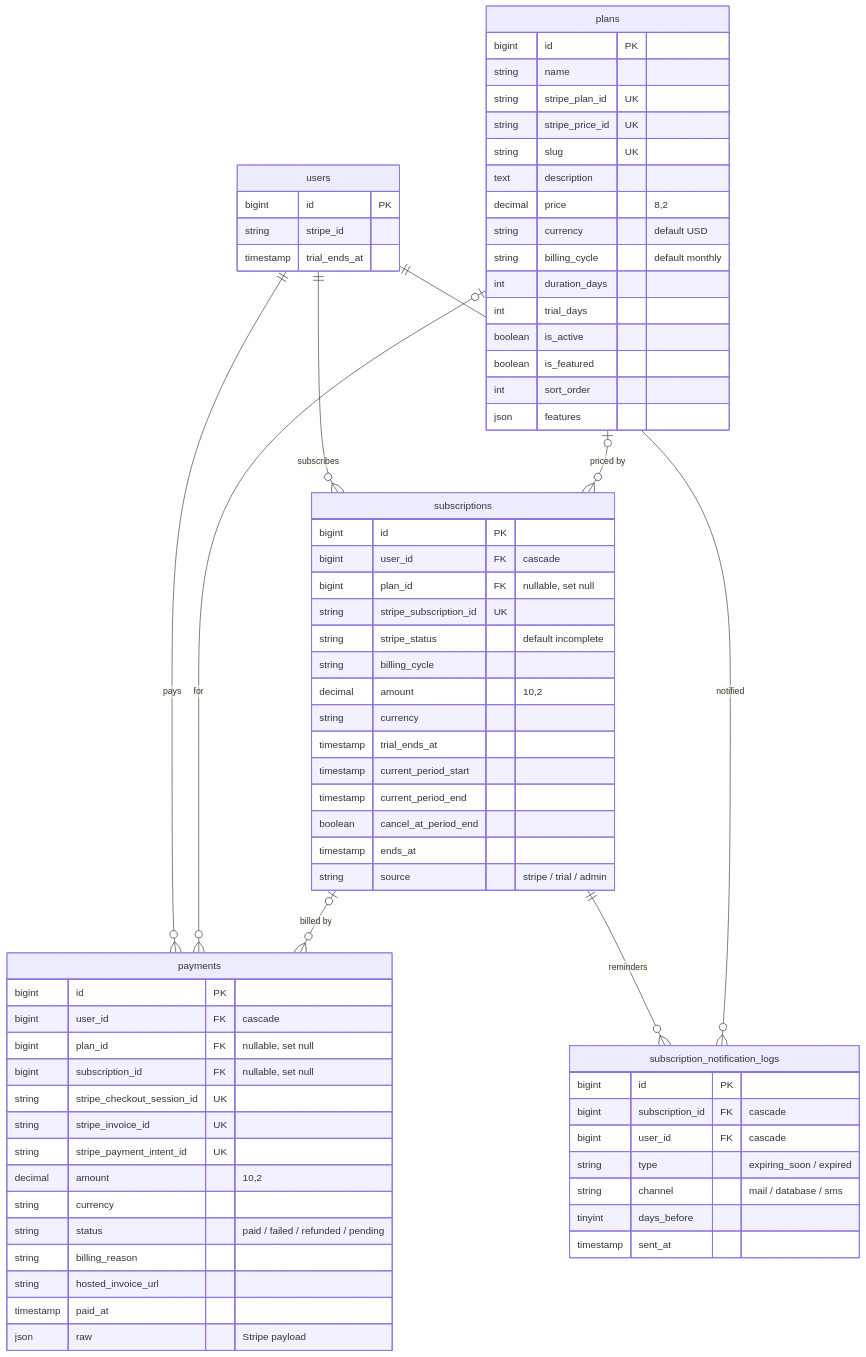
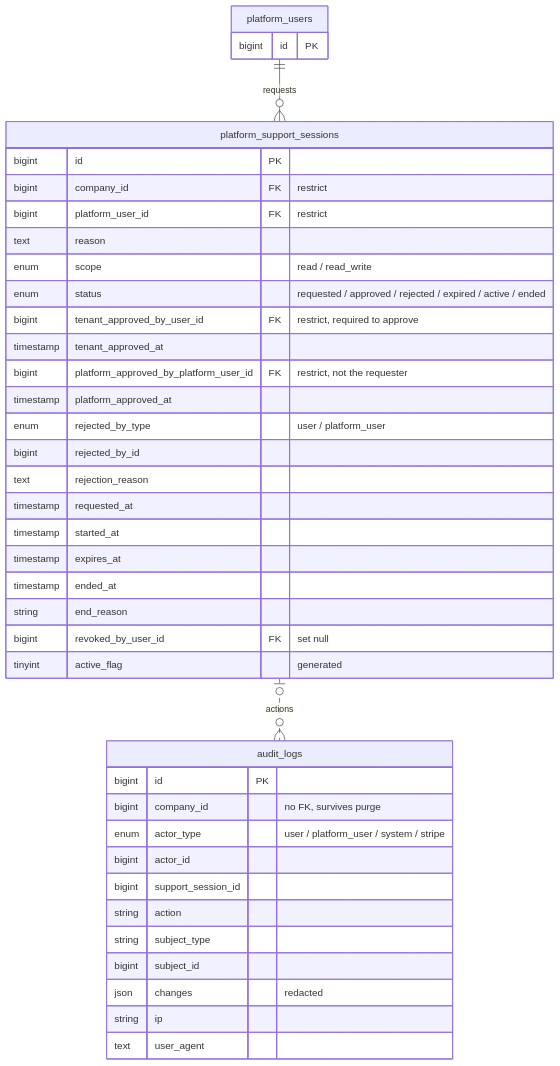
Before and after one commit to anambrur/driver_qualification: the eighth of 9 diagrams in docs/erd.md, drawn with Mermaid. The commit also changed other lines of this file and 23 other files, not shown here.

````diff
--- a/docs/erd.md
+++ b/docs/erd.md
@@ -611,73 +849,43 @@
 ```mermaid
 erDiagram
-  users {
+  audit_logs {
     bigint id PK
-    string stripe_id
-    timestamp trial_ends_at
+    bigint company_id "no FK, survives purge"
+    enum actor_type "user / platform_user / system / stripe"
+    bigint actor_id
+    bigint support_session_id
+    string action
+    string subject_type
+    bigint subject_id
+    json changes "redacted"
+    string ip
+    text user_agent
   }
-  plans {
+  platform_support_sessions {
     bigint id PK
-    string name
-    string stripe_plan_id UK
-    string stripe_price_id UK
-    string slug UK
-    text description
-    decimal price "8,2"
-    string currency "default USD"
-    string billing_cycle "default monthly"
-    int duration_days
-    int trial_days
-    boolean is_active
-    boolean is_featured
-    int sort_order
-    json features
+    bigint company_id FK "restrict"
+    bigint platform_user_id FK "restrict"
+    text reason
+    enum scope "read / read_write"
+    enum status "requested / approved / rejected / expired / active / ended"
+    bigint tenant_approved_by_user_id FK "restrict, required to approve"
+    timestamp tenant_approved_at
+    bigint platform_approved_by_platform_user_id FK "restrict, not the requester"
+    timestamp platform_approved_at
+    enum rejected_by_type "user / platform_user"
+    bigint rejected_by_id
+    text rejection_reason
+    timestamp requested_at
+    timestamp started_at
+    timestamp expires_at
+    timestamp ended_at
+    string end_reason
+    bigint revoked_by_user_id FK "set null"
+    tinyint active_flag "generated"
   }
-  subscriptions {
+  platform_users {
     bigint id PK
-    bigint user_id FK "cascade"
-    bigint plan_id FK "nullable, set null"
-    string stripe_subscription_id UK
-    string stripe_status "default incomplete"
-    string billing_cycle
-    decimal amount "10,2"
-    string currency
-    timestamp trial_ends_at
-    timestamp current_period_start
-    timestamp current_period_end
-    boolean cancel_at_period_end
-    timestamp ends_at
-    string source "stripe / trial / admin"
   }
-  payments {
-    bigint id PK
-    bigint user_id FK "cascade"
-    bigint plan_id FK "nullable, set null"
-    bigint subscription_id FK "nullable, set null"
-    string stripe_checkout_session_id UK
-    string stripe_invoice_id UK
-    string stripe_payment_intent_id UK
-    decimal amount "10,2"
-    string currency
-    string status "paid / failed / refunded / pending"
-    string billing_reason
-    string hosted_invoice_url
-    timestamp paid_at
-    json raw "Stripe payload"
-  }
-  subscription_notification_logs {
-    bigint id PK
-    bigint subscription_id FK "cascade"
-    bigint user_id FK "cascade"
-    string type "expiring_soon / expired"
-    string channel "mail / database / sms"
-    tinyint days_before
-    timestamp sent_at
-  }
-  users ||--o{ subscriptions : "subscribes"
-  plans |o--o{ subscriptions : "priced by"
-  users ||--o{ payments : "pays"
-  plans |o--o{ payments : "for"
-  subscriptions |o--o{ payments : "billed by"
-  subscriptions ||--o{ subscription_notification_logs : "reminders"
-  users ||--o{ subscription_notification_logs : "notified"
+  platform_users ||--o{ platform_support_sessions : "requests"
+  platform_support_sessions |o..o{ audit_logs : "actions"
 ```
````
